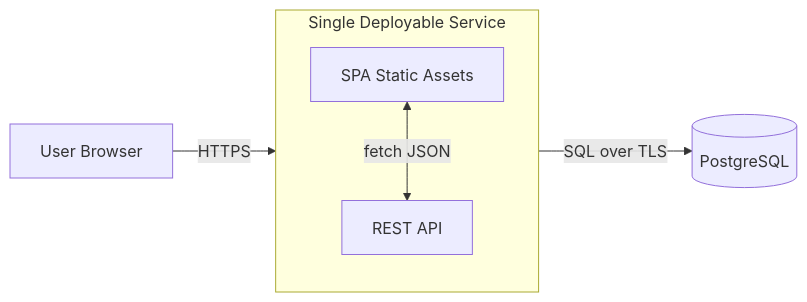
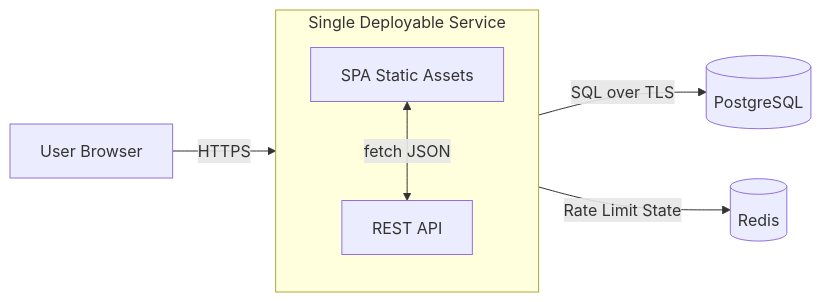
One commit to amanthanvi/BetterMan changed the diagram in SPEC.md. Above: the diagram before and after it, drawn with Mermaid. The commit also changed other lines of this file, not shown here.

````diff
--- a/SPEC.md
+++ b/SPEC.md
@@ -776,10 +847,11 @@
 ```mermaid
 flowchart LR
   U[User Browser] -->|HTTPS| W[BetterMan Web Service]
   W -->|SQL over TLS| PG[(PostgreSQL)]
+  W -->|Rate Limit State| RD[(Redis)]
   subgraph W[Single Deployable Service]
     FE[SPA Static Assets]
     API[REST API]
   end
   FE <-->|fetch JSON| API
 ```
````
